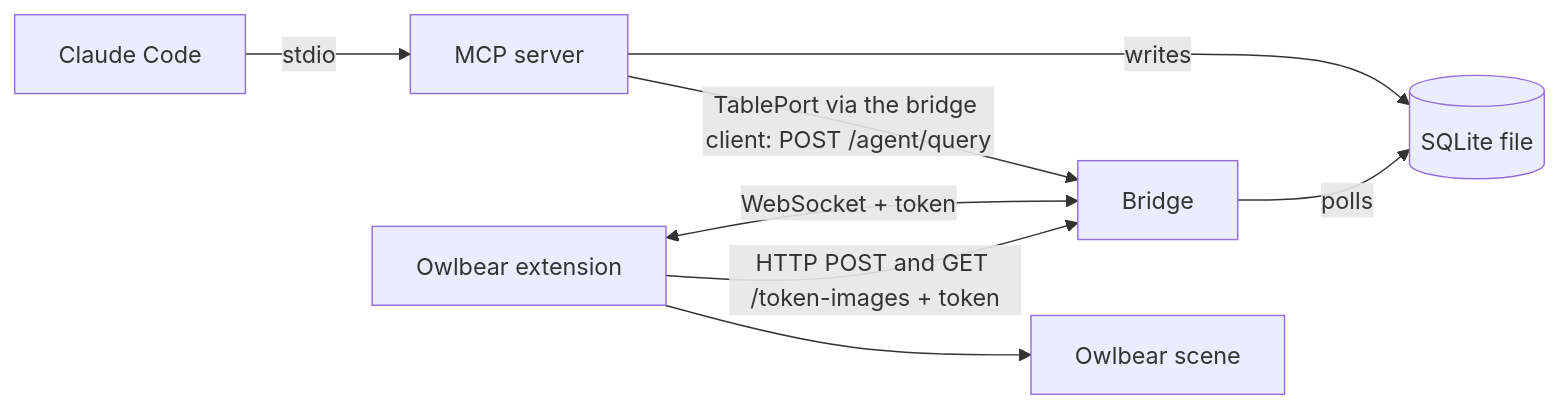
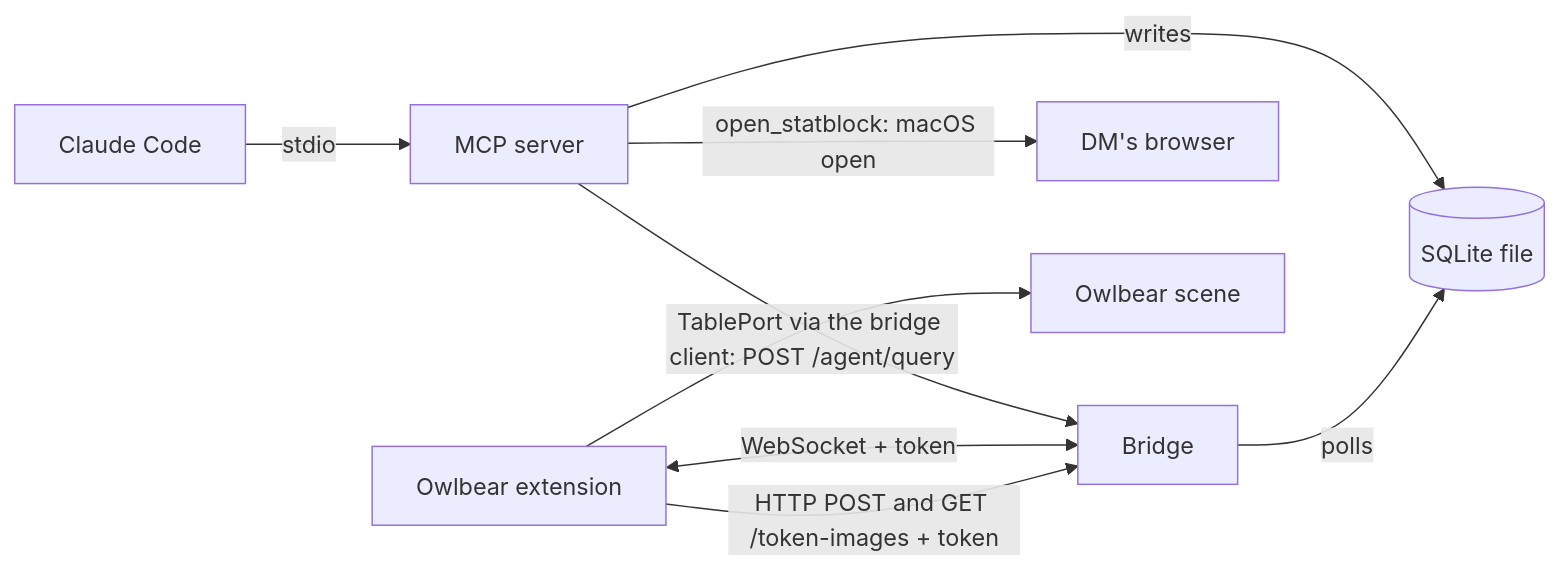
One commit to askrzypczak/ttrpg-agents changed the second of 2 diagrams in docs/architecture.md. Above: the diagram before and after it, drawn with Mermaid. The commit also changed other lines of this file and 46 other files, not shown here.

First line of the commit message:
feature: open a monster's D&D Beyond 2024 statblock page in the browser (#278) (#356)

````diff
--- a/docs/architecture.md
+++ b/docs/architecture.md
@@ -43,10 +46,11 @@
 ```mermaid
 flowchart LR
   claude["Claude Code"] -->|"stdio"| mcp["MCP server"]
   mcp -->|"writes"| db[("SQLite file")]
   mcp -->|"TablePort via the bridge client: POST /agent/query"| bridge
+  mcp -->|"open_statblock: macOS open"| browser["DM's browser"]
   bridge["Bridge"] -->|"polls"| db
   ext["Owlbear extension"] <-->|"WebSocket + token"| bridge
   ext -->|"HTTP POST and GET /token-images + token"| bridge
   ext --> scene["Owlbear scene"]
 ```
````
